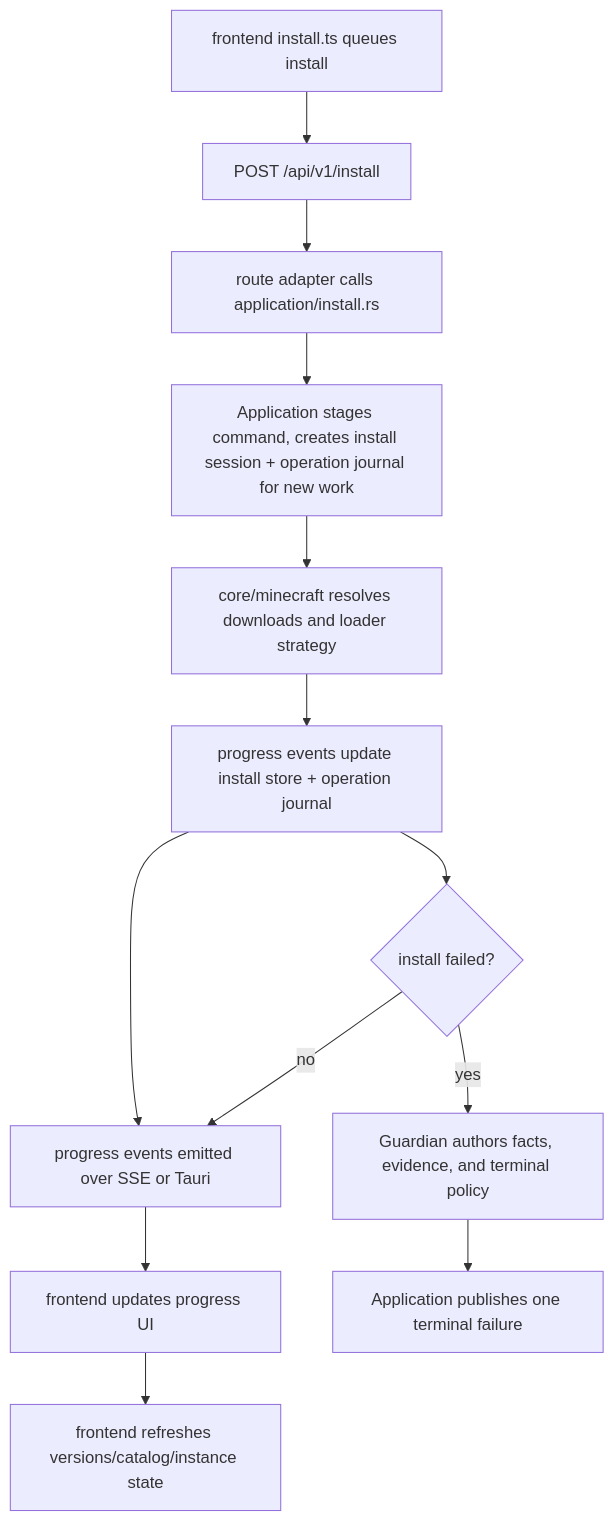
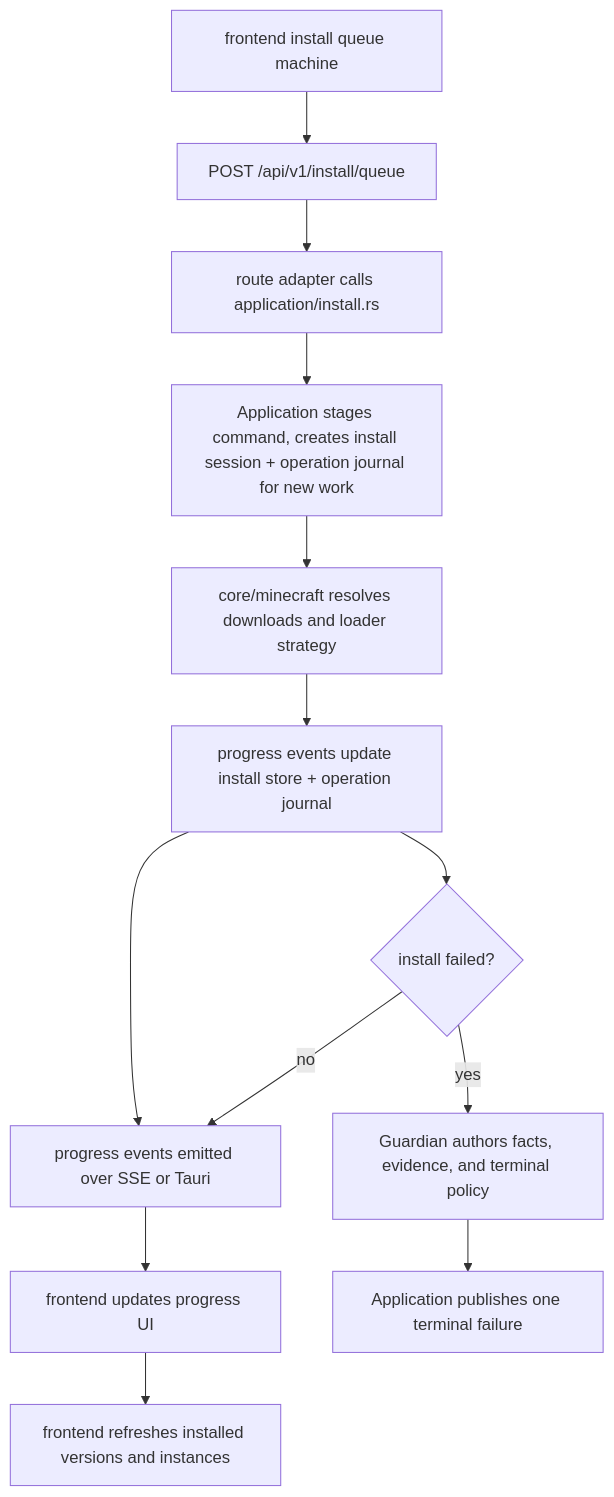
Before and after one commit to killedoxygen/axial: the seventh of 9 diagrams in docs/ARCHITECTURE.md, drawn with Mermaid. The commit also changed other lines of this file and 25 other files, not shown here.

````diff
--- a/docs/ARCHITECTURE.md
+++ b/docs/ARCHITECTURE.md
@@ -378,15 +413,15 @@
 ```mermaid
 flowchart TD
-    A[frontend install.ts queues install] --> B[POST /api/v1/install]
+    A[frontend install queue machine] --> B[POST /api/v1/install/queue]
     B --> C[route adapter calls application/install.rs]
     C --> D[Application stages command, creates install session + operation journal for new work]
     D --> E[core/minecraft resolves downloads and loader strategy]
     E --> F[progress events update install store + operation journal]
     F --> G[progress events emitted over SSE or Tauri]
     G --> H[frontend updates progress UI]
-    H --> I[frontend refreshes versions/catalog/instance state]
+    H --> I[frontend refreshes installed versions and instances]
     F --> J{install failed?}
     J -->|no| G
     J -->|yes| K[Guardian authors facts, evidence, and terminal policy]
     K --> L[Application publishes one terminal failure]
 ```
````
